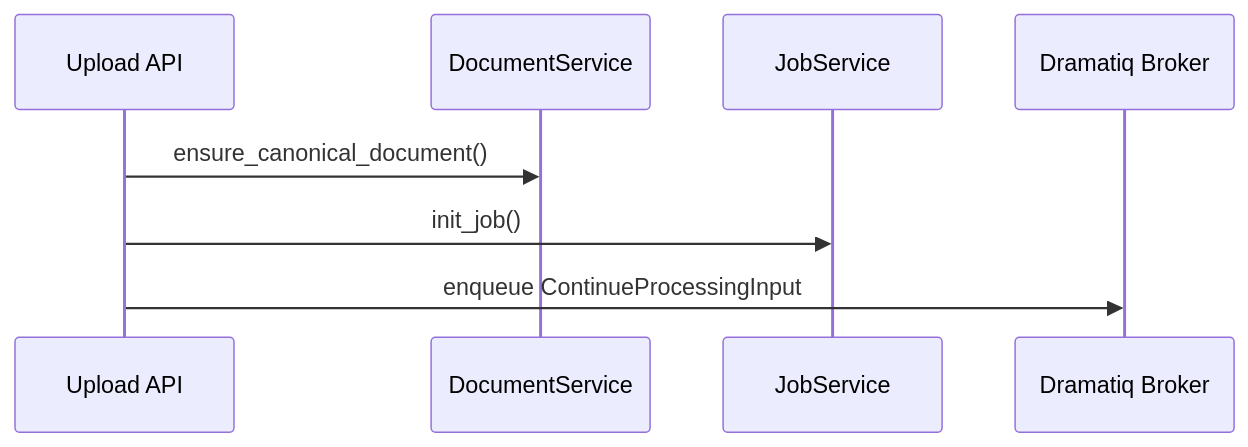
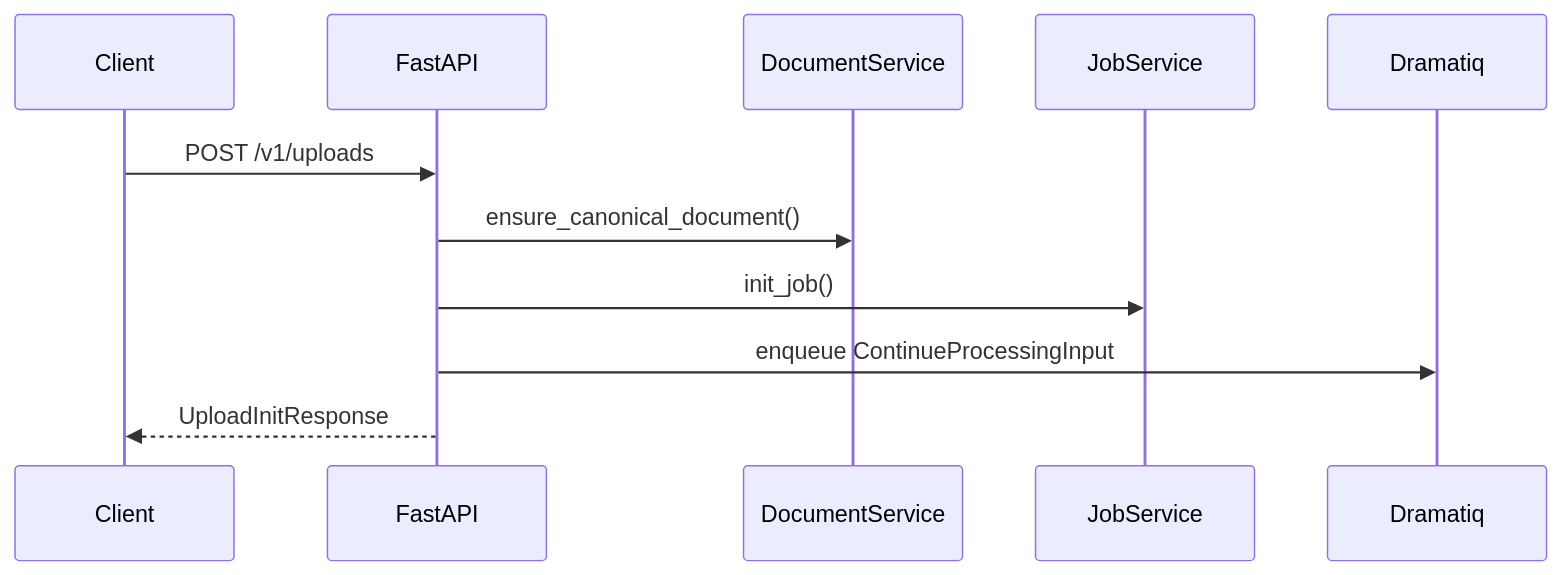
The first of 2 diagrams in docs/ingestion.md (thwolter/vectra), drawn with Mermaid before and after one commit. The commit also changed other lines of this file and 23 other files, not shown here.

Commit message:
Add architecture and operational documentation. Migrate `.idea` configs to external management.

````diff
--- a/docs/ingestion.md
+++ b/docs/ingestion.md
@@ -11,10 +11,13 @@
 ```mermaid
 sequenceDiagram
-    participant API as Upload API
+    participant Client
+    participant API as FastAPI
     participant DocSvc as DocumentService
     participant JobSvc as JobService
-    participant Broker as Dramatiq Broker
+    participant Broker as Dramatiq
+    Client->>API: POST /v1/uploads
     API->>DocSvc: ensure_canonical_document()
     API->>JobSvc: init_job()
     API->>Broker: enqueue ContinueProcessingInput
+    API-->>Client: UploadInitResponse
 ```
````
